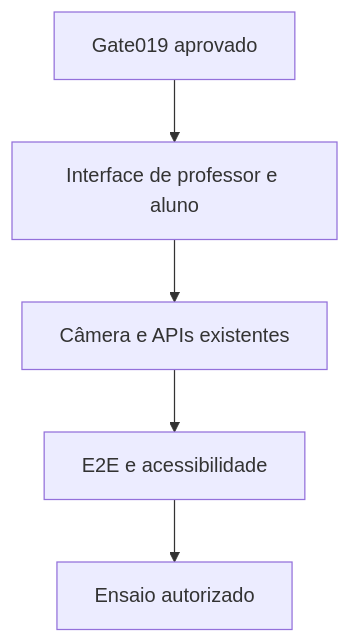
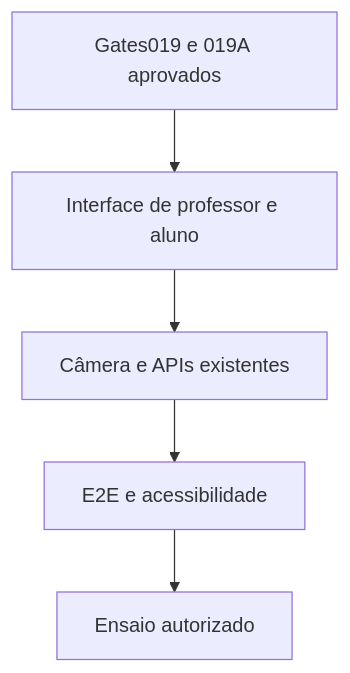
Before and after one commit to mateusvcsmoura/projeto_reconhecimento_facial: the diagram in tasks/020-web-interface-final/DESENHO.md, drawn with Mermaid. The commit also changed other lines of this file and 6 other files, not shown here.

````diff
--- a/tasks/020-web-interface-final/DESENHO.md
+++ b/tasks/020-web-interface-final/DESENHO.md
@@ -24,12 +24,12 @@
 ```mermaid
 flowchart TD
-    N0["Gate019 aprovado"]
+    N0["Gates019 e 019A aprovados"]
     N1["Interface de professor e aluno"]
     N2["Câmera e APIs existentes"]
     N3["E2E e acessibilidade"]
     N4["Ensaio autorizado"]
     N0 --> N1
     N1 --> N2
     N2 --> N3
     N3 --> N4
 ```
````
